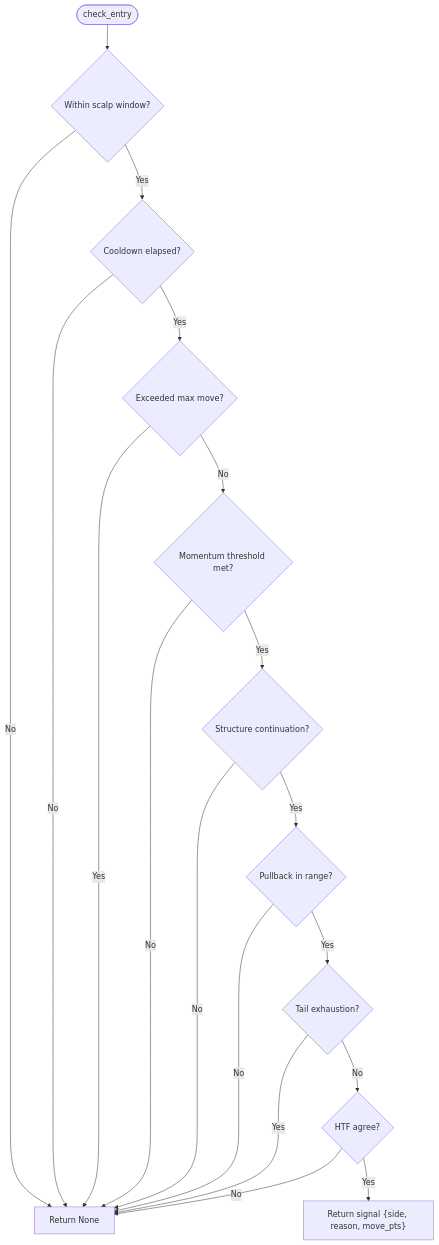
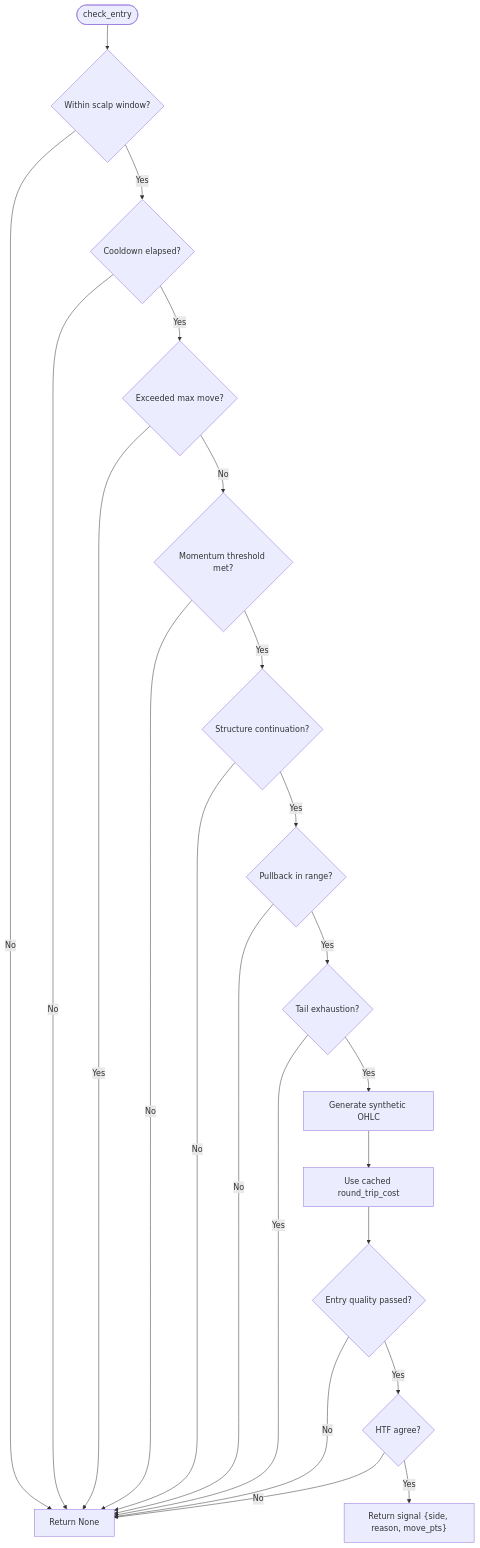
The third of 11 diagrams in .qoder/repowiki/en/content/Core Trading Engine/Scalping Strategy Engine.md (tauqeersiddiqui-art/tradingsystem), drawn with Mermaid before and after one commit. The commit also changed other lines of this file and 71 other files, not shown here.

Commit message:
Add rejection-first entry quality filters, entry-quality ML target with fail-hard pipeline, post-trade loss classification, and reproducible Phase-8 backtest

````diff
--- a/.qoder/repowiki/en/content/Core Trading Engine/Scalping Strategy Engine.md
+++ b/.qoder/repowiki/en/content/Core Trading Engine/Scalping Strategy Engine.md
@@ -129,20 +173,24 @@
 ```mermaid
 flowchart TD
 Start(["check_entry"]) --> TimeGate{"Within scalp window?"}
 TimeGate --> |No| EndNone["Return None"]
 TimeGate --> |Yes| Cooldown{"Cooldown elapsed?"}
 Cooldown --> |No| EndNone
 Cooldown --> |Yes| Exhaust{"Exceeded max move?"}
 Exhaust --> |Yes| EndNone
 Exhaust --> |No| Mom{"Momentum threshold met?"}
 Mom --> |No| EndNone
 Mom --> |Yes| Structure{"Structure continuation?"}
 Structure --> |No| EndNone
 Structure --> |Yes| Pullback{"Pullback in range?"}
 Pullback --> |No| EndNone
 Pullback --> |Yes| Tail{"Tail exhaustion?"}
 Tail --> |Yes| EndNone
-Tail --> |No| HTF{"HTF agree?"}
+Tail --> |Yes| Synthetic["Generate synthetic OHLC"]
+Synthetic --> Cost["Use cached round_trip_cost"]
+Cost --> Quality{"Entry quality passed?"}
+Quality --> |No| EndNone
+Quality --> |Yes| HTF{"HTF agree?"}
 HTF --> |No| EndNone
 HTF --> |Yes| Signal["Return signal {side, reason, move_pts}"]
 ```
````
